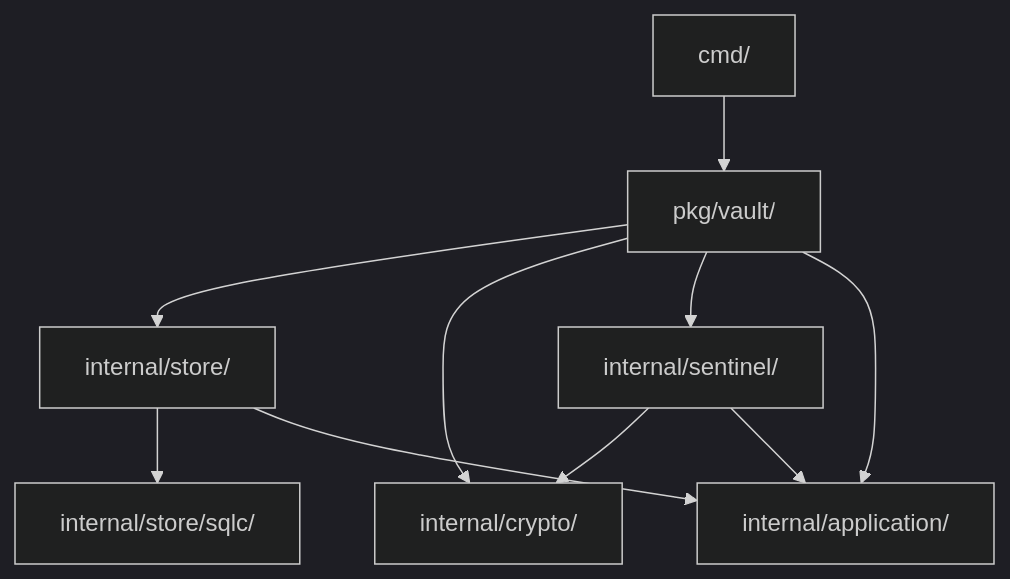
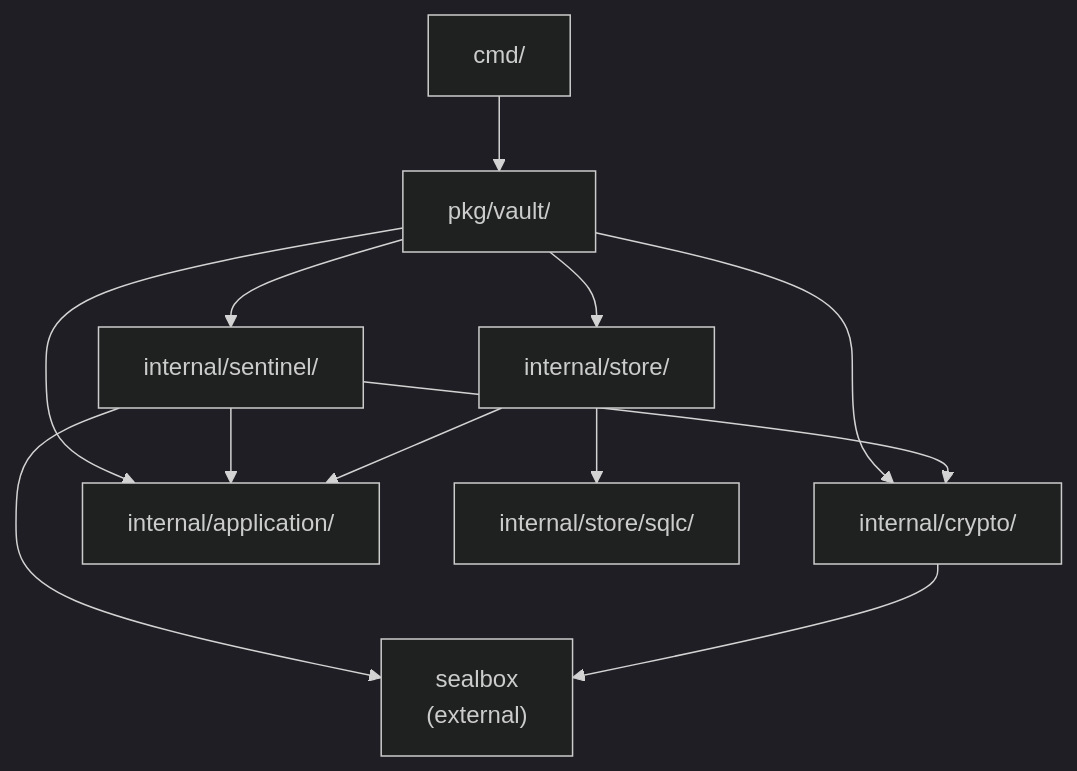
Before and after one commit to inovacc/anvil: the third of 14 diagrams in docs/ARCHITECTURE.md, drawn with Mermaid (dark theme). The commit also changed other lines of this file, not shown here.

First line of the commit message:
docs: update ARCHITECTURE.md with TPM sealing diagrams

````diff
--- a/docs/ARCHITECTURE.md
+++ b/docs/ARCHITECTURE.md
@@ -88,20 +95,23 @@
 ```mermaid
 graph TD
     cmd["cmd/"]
     vault["pkg/vault/"]
     store["internal/store/"]
     crypto["internal/crypto/"]
     sentinel["internal/sentinel/"]
     app["internal/application/"]
     sqlc["internal/store/sqlc/"]
+    sealbox["sealbox<br/>(external)"]
 
     cmd --> vault
     vault --> store
     vault --> crypto
     vault --> sentinel
     vault --> app
     sentinel --> crypto
+    sentinel --> sealbox
     sentinel --> app
+    crypto --> sealbox
     store --> sqlc
     store --> app
 ```
````
